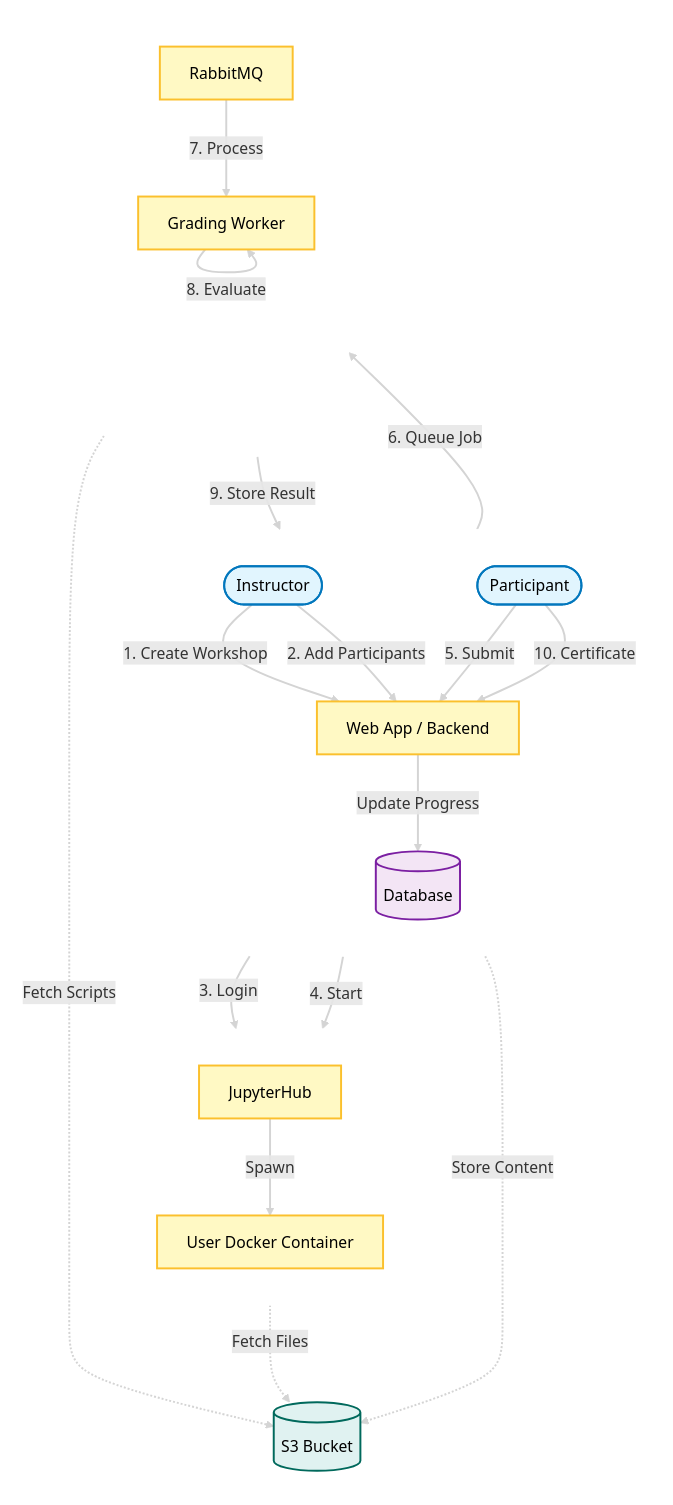
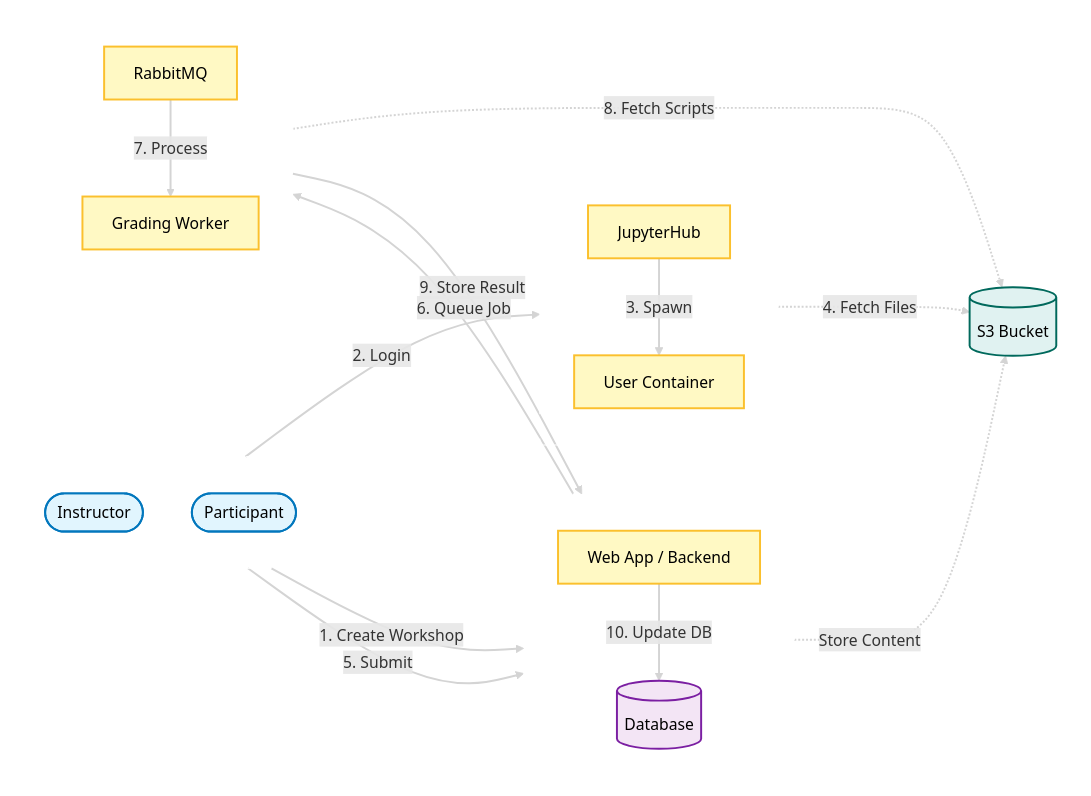
One commit to Vishal490404/Vishals_Blog changed the diagram in projects/grading-server.md. Above: the diagram before and after it, drawn with Mermaid.

```diff
--- a/projects/grading-server.md
+++ b/projects/grading-server.md
@@ -35,65 +35,63 @@
 <div class="mermaid" style="text-align: center;">
-flowchart TD
+flowchart LR
     %% Global Graph Settings
     linkStyle default stroke:#d4d4d4,stroke-width:2px,fill:none;
 
-    %% Node Styles - Light colors for contrast against dark background
+    %% Node Styles
     classDef actor fill:#e1f5fe,stroke:#0277bd,stroke-width:2px,color:#000;
     classDef component fill:#fff9c4,stroke:#fbc02d,stroke-width:2px,color:#000;
     classDef storage fill:#e0f2f1,stroke:#00695c,stroke-width:2px,color:#000;
     classDef database fill:#f3e5f5,stroke:#7b1fa2,stroke-width:2px,color:#000;
-    
-    %% Subgraph Styling - White borders and text for dark theme
     classDef subgraphStyle fill:none,stroke:#fff,stroke-width:1px,stroke-dasharray: 5 5,color:#fff;
 
-    subgraph MF ["Management & Frontend"]
+    subgraph Actors ["Users"]
         direction TB
         Instructor([Instructor]):::actor
         Participant([Participant]):::actor
+    end
+    class Actors subgraphStyle
+
+    subgraph WebLayer ["Management & Web"]
+        direction TB
         WebApp["Web App / Backend"]:::component
         DB[("Database")]:::database
     end
-    class MF subgraphStyle
+    class WebLayer subgraphStyle
 
-    subgraph IE ["Interactive Environment"]
+    subgraph ExecLayer ["Interactive Execution"]
         direction TB
         JHub["JupyterHub"]:::component
-        UserContainer["User Docker Container"]:::component
+        UserContainer["User Container"]:::component
     end
-    class IE subgraphStyle
+    class ExecLayer subgraphStyle
 
-    subgraph GS ["Grading Service"]
+    subgraph GradingLayer ["Grading & Async"]
         direction TB
         RabbitMQ["RabbitMQ"]:::component
         Grader["Grading Worker"]:::component
     end
-    class GS subgraphStyle
+    class GradingLayer subgraphStyle
 
-    subgraph Store ["Storage"]
+    subgraph StorageLayer ["Storage"]
         S3[("S3 Bucket")]:::storage
     end
-    class Store subgraphStyle
+    class StorageLayer subgraphStyle
 
-    %% Workshop Setup
+    %% 1. Setup Flow
     Instructor -->|"1. Create Workshop"| WebApp
     WebApp -.->|"Store Content"| S3
-    Instructor -->|"2. Add Participants"| WebApp
 
-    %% User Flow
-    Participant -->|"3. Login"| JHub
-    JHub -->|"Spawn"| UserContainer
-    Participant -->|"4. Start"| UserContainer
-    UserContainer -.->|"Fetch Files"| S3
-    
-    %% Grading Flow
+    %% 2. Execution Flow
+    Participant -->|"2. Login"| JHub
+    JHub -->|"3. Spawn"| UserContainer
+    UserContainer -.->|"4. Fetch Files"| S3
+
+    %% 3. Grading Flow
     Participant -->|"5. Submit"| WebApp
     WebApp -->|"6. Queue Job"| RabbitMQ
     RabbitMQ -->|"7. Process"| Grader
-    Grader -.->|"Fetch Scripts"| S3
-    Grader -->|"8. Evaluate"| Grader
+    Grader -.->|"8. Fetch Scripts"| S3
     Grader -->|"9. Store Result"| WebApp
-    WebApp -->|"Update Progress"| DB
+    WebApp -->|"10. Update DB"| DB
 
-    %% Completion
-    Participant -->|"10. Certificate"| WebApp
 </div>
```
